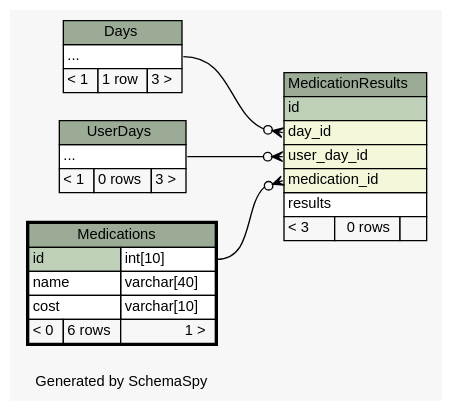
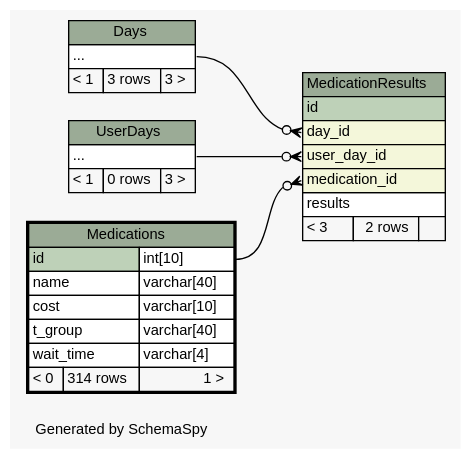
The diagram in web/files/schema/diagrams/Medications.2degrees.dot (carrel2/CaseStudies), drawn with Graphviz before and after one commit. The commit also changed 206 other files, not shown here.

```diff
--- a/web/files/schema/diagrams/Medications.2degrees.dot
+++ b/web/files/schema/diagrams/Medications.2degrees.dot
@@ -1,71 +1,73 @@
-// dot 2.38.0 on Linux 4.4.0-72-generic
+// dot 2.38.0 on Linux 4.4.0-77-generic
 // SchemaSpy rev 590
 digraph "twoDegreesRelationshipsDiagram" {
   graph [
     rankdir="RL"
     bgcolor="#f7f7f7"
     label="\nGenerated by SchemaSpy"
     labeljust="l"
     nodesep="0.18"
     ranksep="0.46"
     fontname="Helvetica"
     fontsize="11"
   ];
   node [
     fontname="Helvetica"
     fontsize="11"
     shape="plaintext"
   ];
   edge [
     arrowsize="0.8"
   ];
   "MedicationResults":"day_id":w -> "Days":"elipses":e [arrowhead=none dir=back arrowtail=crowodot];
   "MedicationResults":"medication_id":w -> "Medications":"id.type":e [arrowhead=none dir=back arrowtail=crowodot];
   "MedicationResults":"user_day_id":w -> "UserDays":"elipses":e [arrowhead=none dir=back arrowtail=crowodot];
   "Days" [
     label=<
     <TABLE BORDER="0" CELLBORDER="1" CELLSPACING="0" BGCOLOR="#ffffff">
       <TR><TD COLSPAN="3" BGCOLOR="#9bab96" ALIGN="CENTER">Days</TD></TR>
       <TR><TD PORT="elipses" COLSPAN="3" ALIGN="LEFT">...</TD></TR>
-      <TR><TD ALIGN="LEFT" BGCOLOR="#f7f7f7">&lt; 1</TD><TD ALIGN="RIGHT" BGCOLOR="#f7f7f7">1 row</TD><TD ALIGN="RIGHT" BGCOLOR="#f7f7f7">3 &gt;</TD></TR>
+      <TR><TD ALIGN="LEFT" BGCOLOR="#f7f7f7">&lt; 1</TD><TD ALIGN="RIGHT" BGCOLOR="#f7f7f7">3 rows</TD><TD ALIGN="RIGHT" BGCOLOR="#f7f7f7">3 &gt;</TD></TR>
     </TABLE>>
     URL="Days.html"
     tooltip="Days"
   ];
   "MedicationResults" [
     label=<
     <TABLE BORDER="0" CELLBORDER="1" CELLSPACING="0" BGCOLOR="#ffffff">
       <TR><TD COLSPAN="3" BGCOLOR="#9bab96" ALIGN="CENTER">MedicationResults</TD></TR>
       <TR><TD PORT="id" COLSPAN="3" BGCOLOR="#bed1b8" ALIGN="LEFT">id</TD></TR>
       <TR><TD PORT="day_id" COLSPAN="3" BGCOLOR="#f4f7da" ALIGN="LEFT">day_id</TD></TR>
       <TR><TD PORT="user_day_id" COLSPAN="3" BGCOLOR="#f4f7da" ALIGN="LEFT">user_day_id</TD></TR>
       <TR><TD PORT="medication_id" COLSPAN="3" BGCOLOR="#f4f7da" ALIGN="LEFT">medication_id</TD></TR>
       <TR><TD PORT="results" COLSPAN="3" ALIGN="LEFT">results</TD></TR>
-      <TR><TD ALIGN="LEFT" BGCOLOR="#f7f7f7">&lt; 3</TD><TD ALIGN="RIGHT" BGCOLOR="#f7f7f7">0 rows</TD><TD ALIGN="RIGHT" BGCOLOR="#f7f7f7">  </TD></TR>
+      <TR><TD ALIGN="LEFT" BGCOLOR="#f7f7f7">&lt; 3</TD><TD ALIGN="RIGHT" BGCOLOR="#f7f7f7">2 rows</TD><TD ALIGN="RIGHT" BGCOLOR="#f7f7f7">  </TD></TR>
     </TABLE>>
     URL="MedicationResults.html"
     tooltip="MedicationResults"
   ];
   "Medications" [
     label=<
     <TABLE BORDER="2" CELLBORDER="1" CELLSPACING="0" BGCOLOR="#ffffff">
       <TR><TD COLSPAN="3" BGCOLOR="#9bab96" ALIGN="CENTER">Medications</TD></TR>
       <TR><TD PORT="id" COLSPAN="2" BGCOLOR="#bed1b8" ALIGN="LEFT">id</TD><TD PORT="id.type" ALIGN="LEFT">int[10]</TD></TR>
       <TR><TD PORT="name" COLSPAN="2" ALIGN="LEFT">name</TD><TD PORT="name.type" ALIGN="LEFT">varchar[40]</TD></TR>
       <TR><TD PORT="cost" COLSPAN="2" ALIGN="LEFT">cost</TD><TD PORT="cost.type" ALIGN="LEFT">varchar[10]</TD></TR>
-      <TR><TD ALIGN="LEFT" BGCOLOR="#f7f7f7">&lt; 0</TD><TD ALIGN="RIGHT" BGCOLOR="#f7f7f7">6 rows</TD><TD ALIGN="RIGHT" BGCOLOR="#f7f7f7">1 &gt;</TD></TR>
+      <TR><TD PORT="t_group" COLSPAN="2" ALIGN="LEFT">t_group</TD><TD PORT="t_group.type" ALIGN="LEFT">varchar[40]</TD></TR>
+      <TR><TD PORT="wait_time" COLSPAN="2" ALIGN="LEFT">wait_time</TD><TD PORT="wait_time.type" ALIGN="LEFT">varchar[4]</TD></TR>
+      <TR><TD ALIGN="LEFT" BGCOLOR="#f7f7f7">&lt; 0</TD><TD ALIGN="RIGHT" BGCOLOR="#f7f7f7">314 rows</TD><TD ALIGN="RIGHT" BGCOLOR="#f7f7f7">1 &gt;</TD></TR>
     </TABLE>>
     URL="Medications.html"
     tooltip="Medications"
   ];
   "UserDays" [
     label=<
     <TABLE BORDER="0" CELLBORDER="1" CELLSPACING="0" BGCOLOR="#ffffff">
       <TR><TD COLSPAN="3" BGCOLOR="#9bab96" ALIGN="CENTER">UserDays</TD></TR>
       <TR><TD PORT="elipses" COLSPAN="3" ALIGN="LEFT">...</TD></TR>
       <TR><TD ALIGN="LEFT" BGCOLOR="#f7f7f7">&lt; 1</TD><TD ALIGN="RIGHT" BGCOLOR="#f7f7f7">0 rows</TD><TD ALIGN="RIGHT" BGCOLOR="#f7f7f7">3 &gt;</TD></TR>
     </TABLE>>
     URL="UserDays.html"
     tooltip="UserDays"
   ];
 }
```
